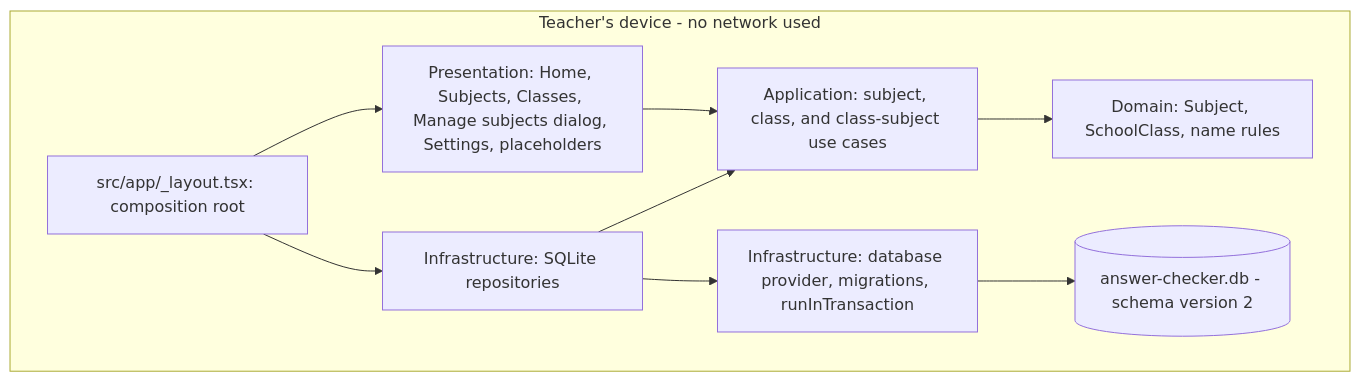
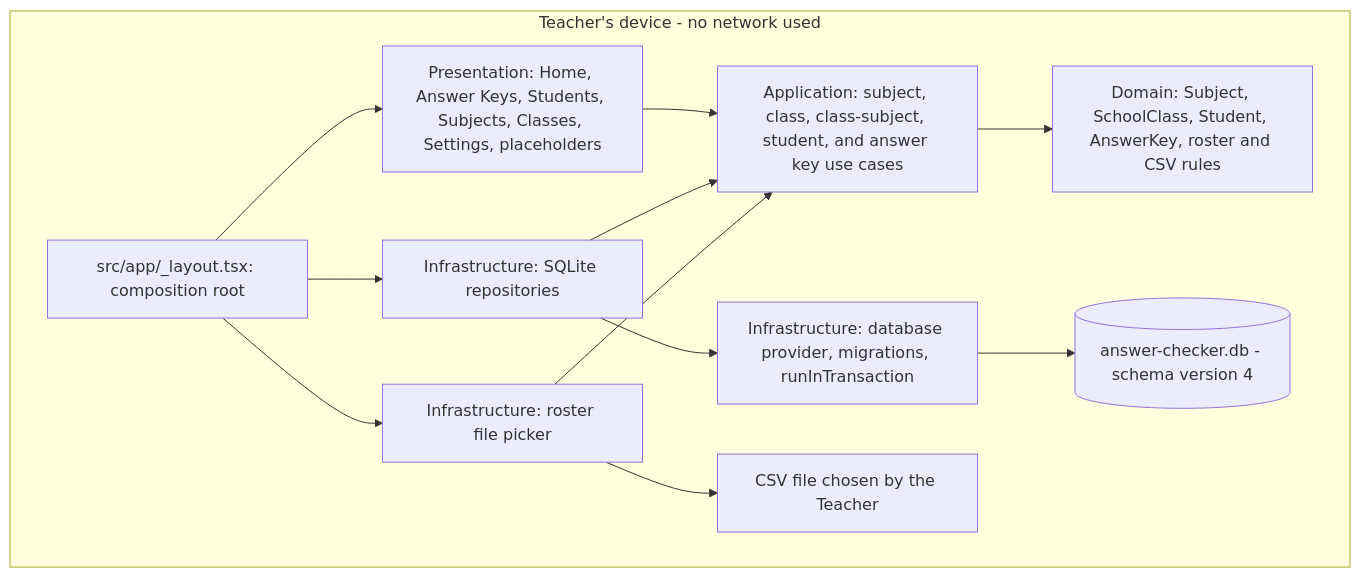
The first of 12 diagrams in docs/diagrams.md (nicolaseugenio2022-cyber/answer-checker), drawn with Mermaid before and after one commit. The commit also changed other lines of this file and 6 other files, not shown here.

First line of the commit message:
docs: synchronize documentation with schema version 4

````diff
--- a/docs/diagrams.md
+++ b/docs/diagrams.md
@@ -11,20 +11,25 @@
 ```mermaid
 flowchart TD
     subgraph Device["Teacher's device - no network used"]
         ROOT["src/app/_layout.tsx: composition root"]
-        UI["Presentation: Home, Subjects, Classes, Manage subjects dialog, Settings, placeholders"]
-        UC["Application: subject, class, and class-subject use cases"]
-        DOMAIN["Domain: Subject, SchoolClass, name rules"]
+        UI["Presentation: Home, Answer Keys, Students, Subjects, Classes, Settings, placeholders"]
+        UC["Application: subject, class, class-subject, student, and answer key use cases"]
+        DOMAIN["Domain: Subject, SchoolClass, Student, AnswerKey, roster and CSV rules"]
         REPO["Infrastructure: SQLite repositories"]
+        FILES["Infrastructure: roster file picker"]
         CORE["Infrastructure: database provider, migrations, runInTransaction"]
-        DB[("answer-checker.db - schema version 2")]
+        DB[("answer-checker.db - schema version 4")]
+        CSV["CSV file chosen by the Teacher"]
     end
 
     ROOT --> UI
     ROOT --> REPO
+    ROOT --> FILES
     UI --> UC
     UC --> DOMAIN
     REPO --> UC
+    FILES --> UC
     REPO --> CORE
     CORE --> DB
+    FILES --> CSV
 ```
````
